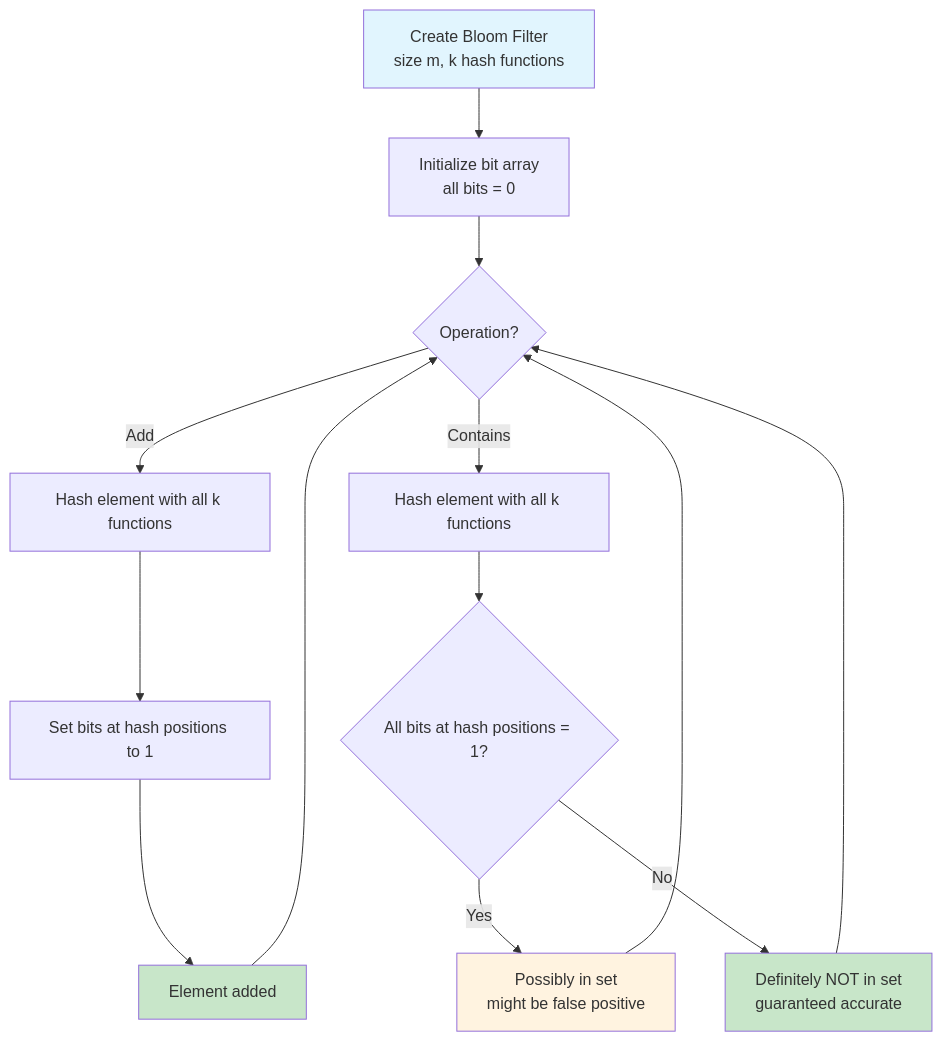
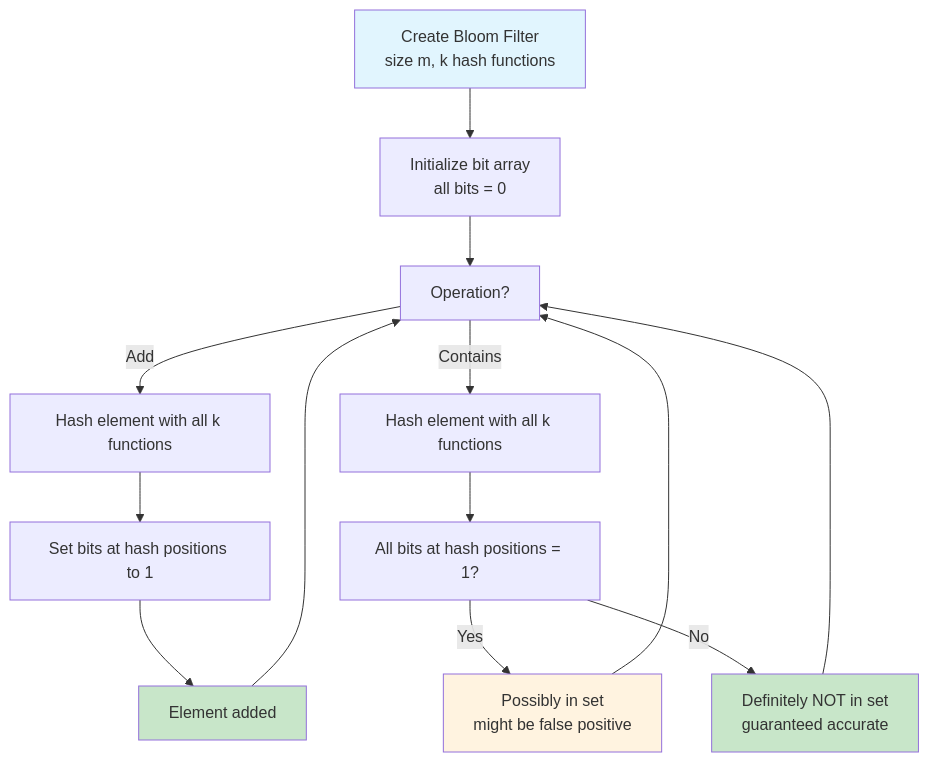
The sixth of 8 diagrams in 0038-bloom-filter/README.md (lezcodes/dsa), drawn with Mermaid before and after one commit. The commit also changed other lines of this file and 26 other files, not shown here.

Commit message:
docs: fix mermaid diagrams

````diff
--- a/0038-bloom-filter/README.md
+++ b/0038-bloom-filter/README.md
@@ -162,24 +162,24 @@
 ```mermaid
 flowchart TD
-    A[Create Bloom Filter<br/>size m, k hash functions] --> B[Initialize bit array<br/>all bits = 0]
+    A["Create Bloom Filter<br/>size m, k hash functions"] --> B["Initialize bit array<br/>all bits = 0"]
 
-    B --> C{Operation?}
-    C -->|Add| D[Hash element with all k functions]
-    C -->|Contains| H[Hash element with all k functions]
+    B --> C["Operation?"]
+    C -->|Add| D["Hash element with all k functions"]
+    C -->|Contains| H["Hash element with all k functions"]
 
-    D --> E[Set bits at hash positions to 1]
-    E --> F[Element added]
+    D --> E["Set bits at hash positions to 1"]
+    E --> F["Element added"]
     F --> C
 
-    H --> I{All bits at hash positions = 1?}
-    I -->|Yes| J[Possibly in set<br/>might be false positive]
-    I -->|No| K[Definitely NOT in set<br/>guaranteed accurate]
+    H --> I["All bits at hash positions = 1?"]
+    I -->|Yes| J["Possibly in set<br/>might be false positive"]
+    I -->|No| K["Definitely NOT in set<br/>guaranteed accurate"]
 
     J --> C
     K --> C
 
     style A fill:#e1f5fe
     style F fill:#c8e6c9
     style J fill:#fff3e0
     style K fill:#c8e6c9
 ```
````
